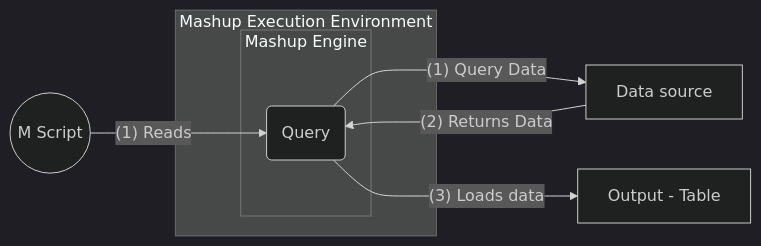
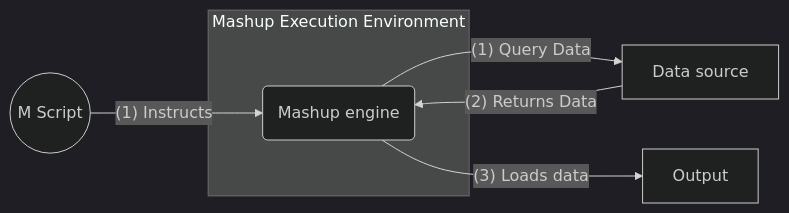
Before and after one commit to OscarValerock/OscarValerock: the first of 2 diagrams in src/content/blog/data-exfiltration-in-power-query/data-exfiltration-in-power-query.md, drawn with Mermaid (dark theme). The commit also changed other lines of this file, not shown here.

````diff
--- a/src/content/blog/data-exfiltration-in-power-query/data-exfiltration-in-power-query.md
+++ b/src/content/blog/data-exfiltration-in-power-query/data-exfiltration-in-power-query.md
@@ -23,21 +32,19 @@
 ```mermaid
 
 flowchart LR
     D((M Script))
-    B(Query)
+    B(Mashup engine)
     A[Data source] 
-    C[Output - Table]
+    C[Output]
 
-    D -- "(1) Reads" --> B
+    D -- "(1) Instructs" --> B
     B -- "(1) Query Data" --> A
     A -- "(2) Returns Data" --> B
     B -- "(3) Loads data" --> C
 
 
     subgraph "Mashup Execution Environment"
-       subgraph "Mashup Engine"
             B
-        end
     end
 
 ```
````
